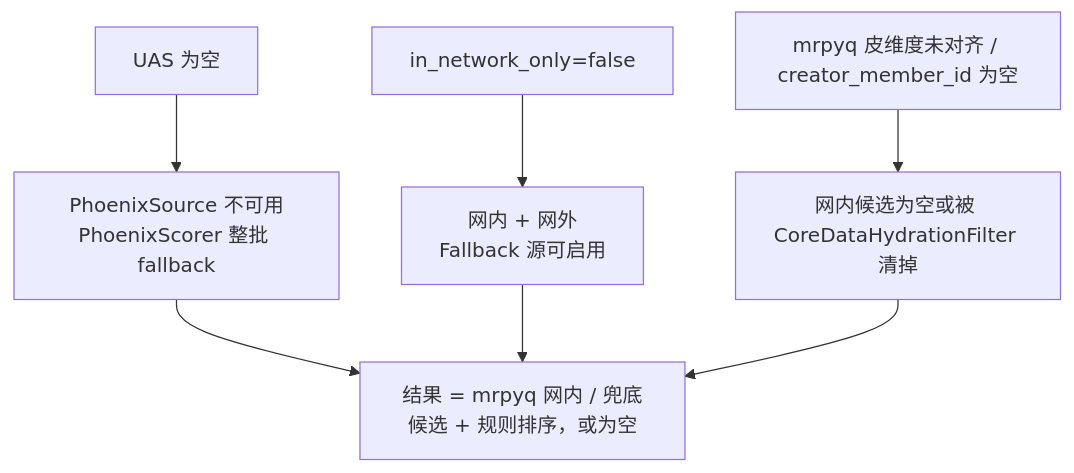
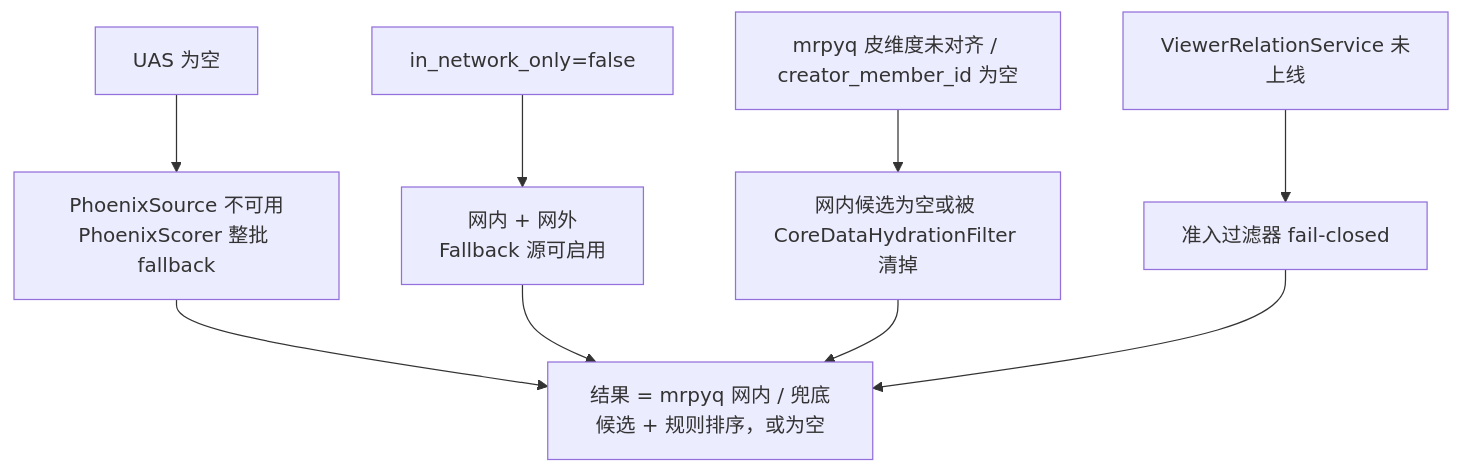
The fourth of 4 diagrams in docs/home-mixer/00-handbook.md (freefcw/x-algorithm), drawn with Mermaid before and after one commit. The commit also changed other lines of this file and 17 other files, not shown here.

First line of the commit message:
home-mixer: fail closed when viewer relations are missing

````diff
--- a/docs/home-mixer/00-handbook.md
+++ b/docs/home-mixer/00-handbook.md
@@ -235,9 +236,11 @@
 ```mermaid
 flowchart TD
     A["UAS 为空"] --> B["PhoenixSource 不可用<br/>PhoenixScorer 整批 fallback"]
     C["in_network_only=false"] --> D["网内 + 网外<br/>Fallback 源可启用"]
     E["mrpyq 皮维度未对齐 / creator_member_id 为空"] --> F["网内候选为空或被 CoreDataHydrationFilter 清掉"]
+    H["ViewerRelationService 未上线"] --> I["准入过滤器 fail-closed"]
     B --> G["结果 = mrpyq 网内 / 兜底候选 + 规则排序，或为空"]
     D --> G
     F --> G
+    I --> G
 ```
````
